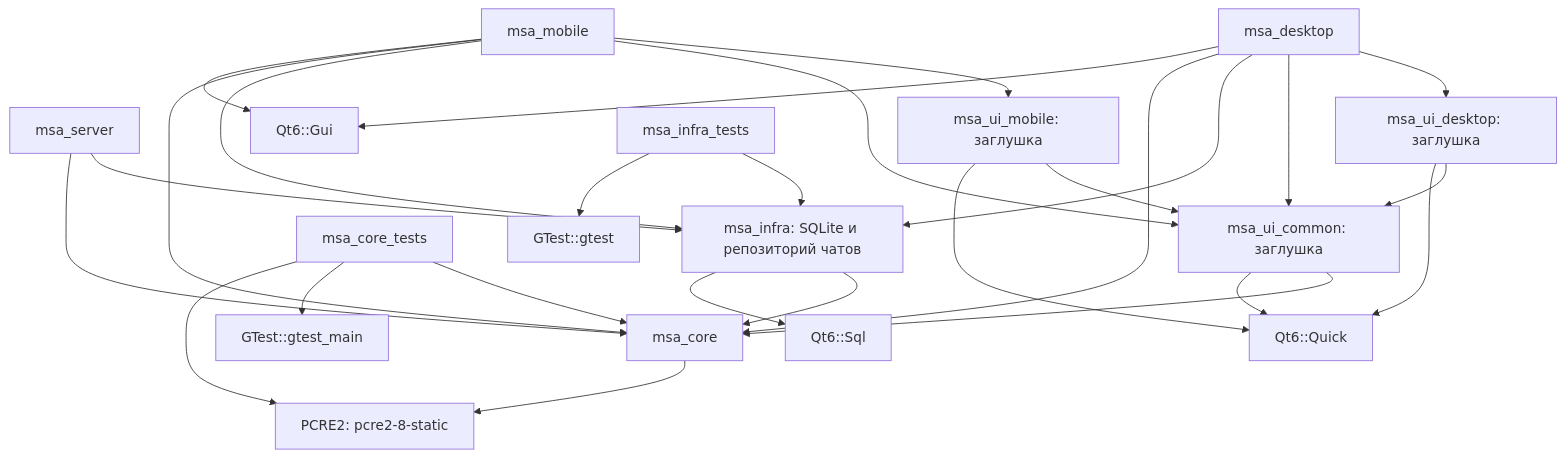
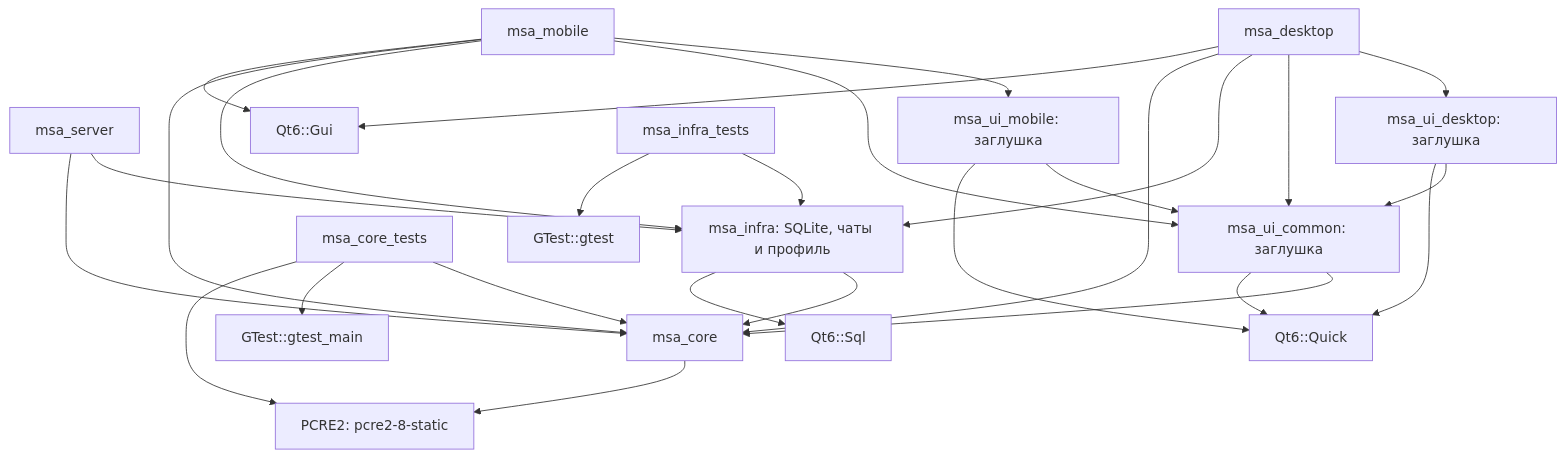
Before and after one commit to TasFoma/MySuperAssistant: the first of 2 diagrams in docs/architecture.md, drawn with Mermaid. The commit also changed other lines of this file and 13 other files, not shown here.

````diff
--- a/docs/architecture.md
+++ b/docs/architecture.md
@@ -46,29 +47,29 @@
 ```mermaid
 flowchart TD
-    server[msa_server] --> infra[msa_infra: SQLite и репозиторий чатов]
+    server[msa_server] --> infra[msa_infra: SQLite, чаты и профиль]
     server --> core[msa_core]
     desktop[msa_desktop] --> desktopUI[msa_ui_desktop: заглушка]
     desktop --> common[msa_ui_common: заглушка]
     desktop --> infra
     desktop --> core
     desktop --> gui[Qt6::Gui]
     mobile[msa_mobile] --> mobileUI[msa_ui_mobile: заглушка]
     mobile --> common
     mobile --> infra
     mobile --> core
     mobile --> gui
     desktopUI --> common
     desktopUI --> quick[Qt6::Quick]
     mobileUI --> common
     mobileUI --> quick
     common --> core
     common --> quick
     infra --> core
     infra --> sql[Qt6::Sql]
     core --> pcre[PCRE2: pcre2-8-static]
     tests[msa_core_tests] --> core
     tests --> gtest[GTest::gtest_main]
     tests --> pcre
     infraTests[msa_infra_tests] --> infra
     infraTests --> infraGtest[GTest::gtest]
 ```
````
